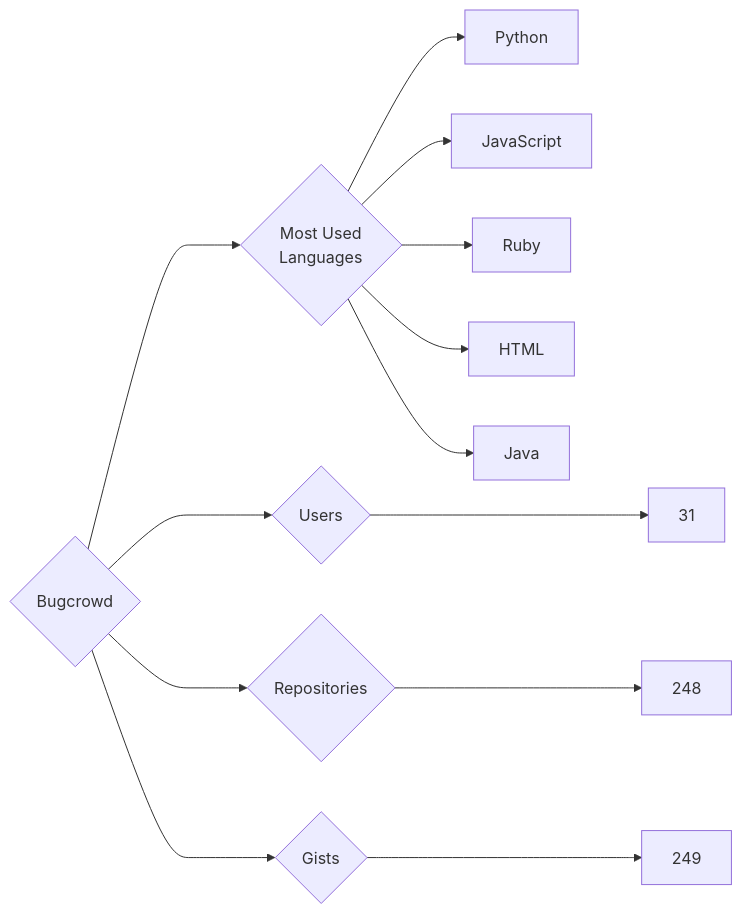
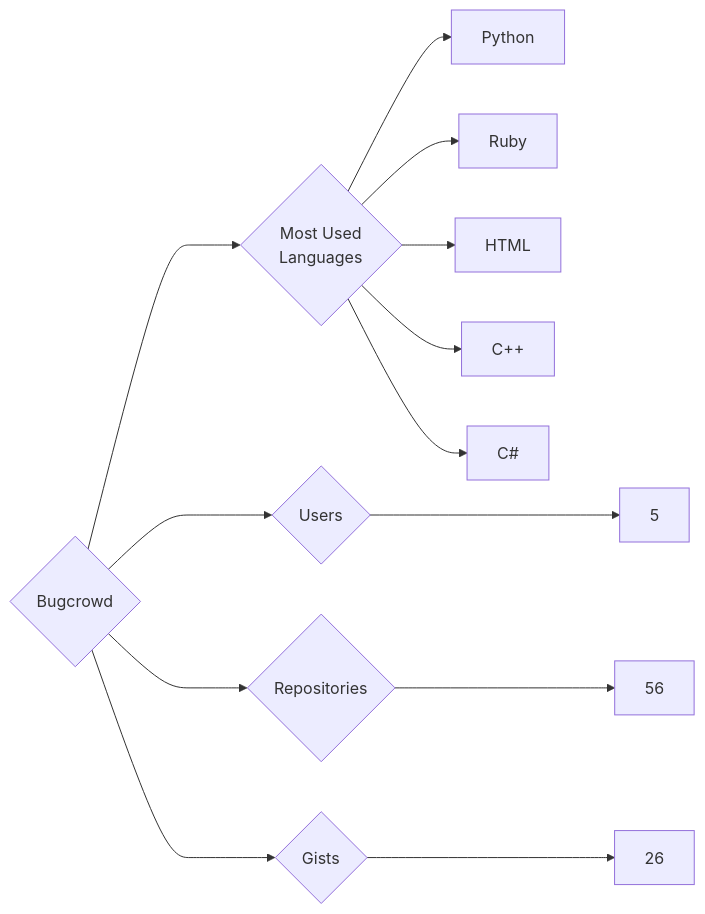
One commit to trickest/insiders changed the diagram in targets/Bugcrowd/README.md. Above: the diagram before and after it, drawn with Mermaid. The commit also changed 775 other files, not shown here.

````diff
--- a/targets/Bugcrowd/README.md
+++ b/targets/Bugcrowd/README.md
@@ -3,13 +3,13 @@
 ```mermaid
 graph LR
 COMPANY_NAME{Bugcrowd}
-COMPANY_NAME ---> U{Users} ---> UN[31]
-COMPANY_NAME ---> R{Repositories} ---> RN[248]
-COMPANY_NAME ---> G{Gists} ---> GN[249]
+COMPANY_NAME ---> U{Users} ---> UN[5]
+COMPANY_NAME ---> R{Repositories} ---> RN[56]
+COMPANY_NAME ---> G{Gists} ---> GN[26]
 COMPANY_NAME ---> ML{Most Used<br>Languages}
 ML --> Python[Python]
-ML --> JavaScript[JavaScript]
 ML --> Ruby[Ruby]
 ML --> HTML[HTML]
-ML --> Java[Java]
+ML --> C++[C++]
+ML --> C#[C#]
 ```
````
